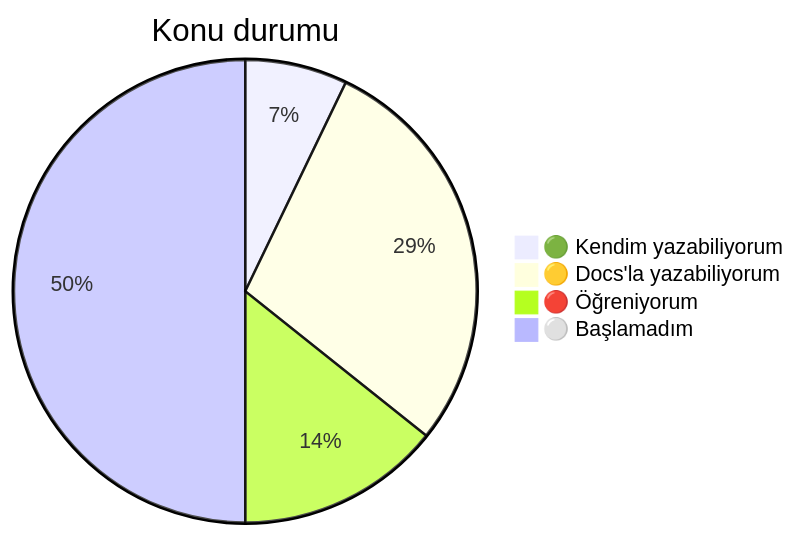
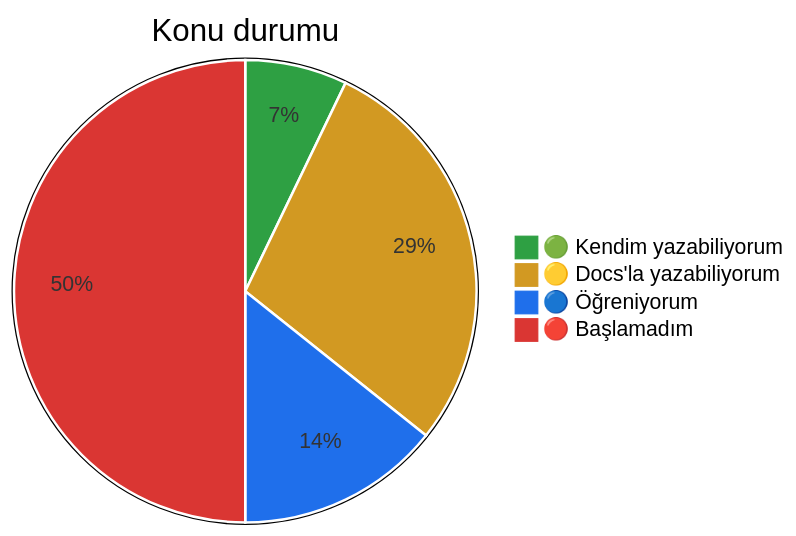
Before and after one commit to lordgrimx/TIL-Today-I-Learned: the diagram in README.md, drawn with Mermaid. The commit also changed other lines of this file, not shown here.

Commit message:
docs: durum renklerini netlestir (yesil/sari/mavi/kirmizi) ve pie grafigine renk ata

````diff
--- a/README.md
+++ b/README.md
@@ -37,7 +37,8 @@
 ```mermaid
+%%{init: {"themeVariables": {"pie1": "#2ea043", "pie2": "#d29922", "pie3": "#1f6feb", "pie4": "#da3633", "pieStrokeColor": "#ffffff", "pieStrokeWidth": "2px", "pieOpacity": "1"}}}%%
 pie title Konu durumu
     "🟢 Kendim yazabiliyorum" : 1
     "🟡 Docs'la yazabiliyorum" : 4
-    "🔴 Öğreniyorum" : 2
-    "⚪ Başlamadım" : 7
+    "🔵 Öğreniyorum" : 2
+    "🔴 Başlamadım" : 7
 ```
````
